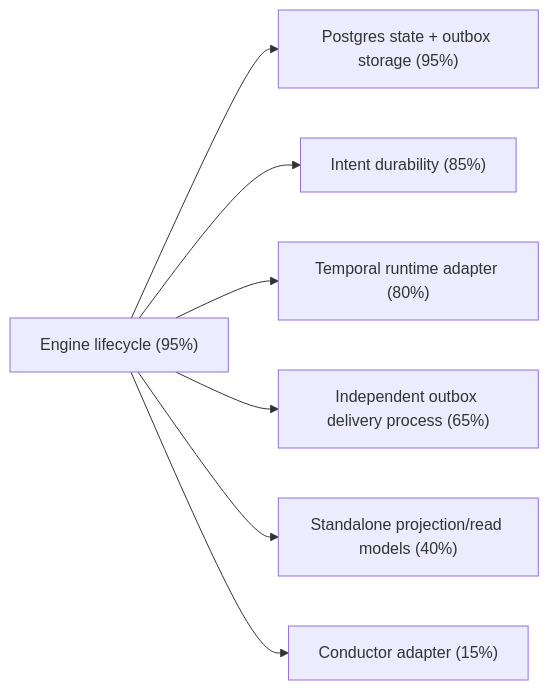
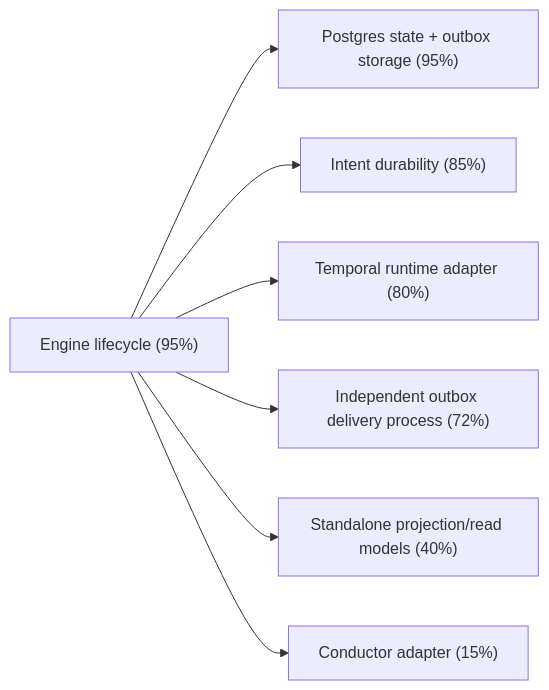
Before and after one commit to dunay2/dvt: the fourth of 4 diagrams in docs/architecture/engine/c4-engine.md, drawn with Mermaid. The commit also changed other lines of this file and 58 other files, not shown here.

````diff
--- a/docs/architecture/engine/c4-engine.md
+++ b/docs/architecture/engine/c4-engine.md
@@ -158,9 +158,9 @@
 ```mermaid
 flowchart LR
   E["Engine lifecycle (95%)"] --> P["Postgres state + outbox storage (95%)"]
   E --> I["Intent durability (85%)"]
   E --> T["Temporal runtime adapter (80%)"]
-  E --> O["Independent outbox delivery process (65%)"]
+  E --> O["Independent outbox delivery process (72%)"]
   E --> R["Standalone projection/read models (40%)"]
   E --> C["Conductor adapter (15%)"]
 ```
````
